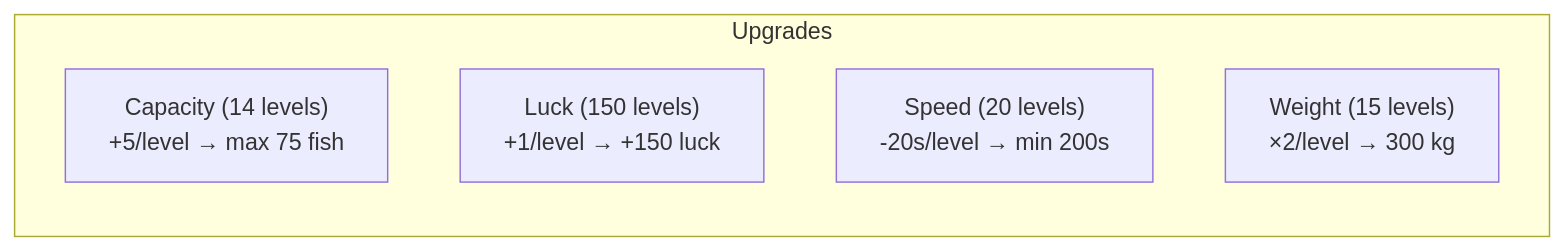
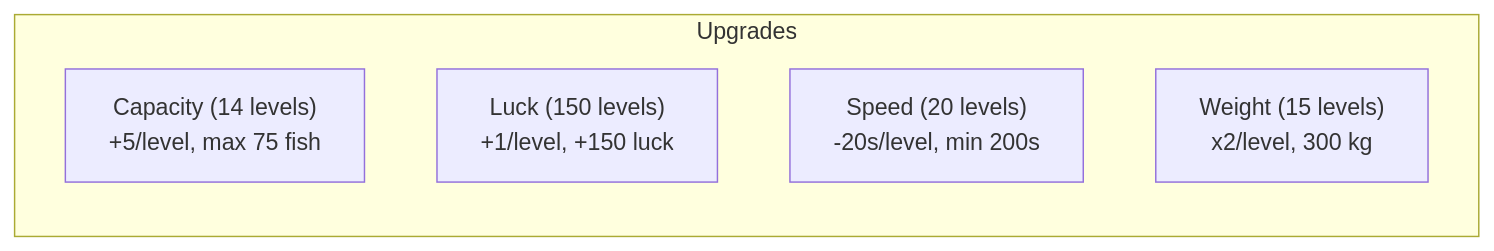
One commit to SeaLoong/Fish-Udon-Raw-Ilcode changed the tenth of 12 diagrams in docs/gamedata-en.md. Above: the diagram before and after it, drawn with Mermaid. The commit also changed other lines of this file and 7 other files, not shown here.

````diff
--- a/docs/gamedata-en.md
+++ b/docs/gamedata-en.md
@@ -499,9 +499,9 @@
 ```mermaid
 flowchart LR
     subgraph Upgrades
-        A["Capacity (14 levels)\n+5/level → max 75 fish"]
-        B["Luck (150 levels)\n+1/level → +150 luck"]
-        C["Speed (20 levels)\n-20s/level → min 200s"]
-        D["Weight (15 levels)\n×2/level → 300 kg"]
+        A["Capacity (14 levels)\n+5/level, max 75 fish"]
+        B["Luck (150 levels)\n+1/level, +150 luck"]
+        C["Speed (20 levels)\n-20s/level, min 200s"]
+        D["Weight (15 levels)\nx2/level, 300 kg"]
     end
 ```
````
